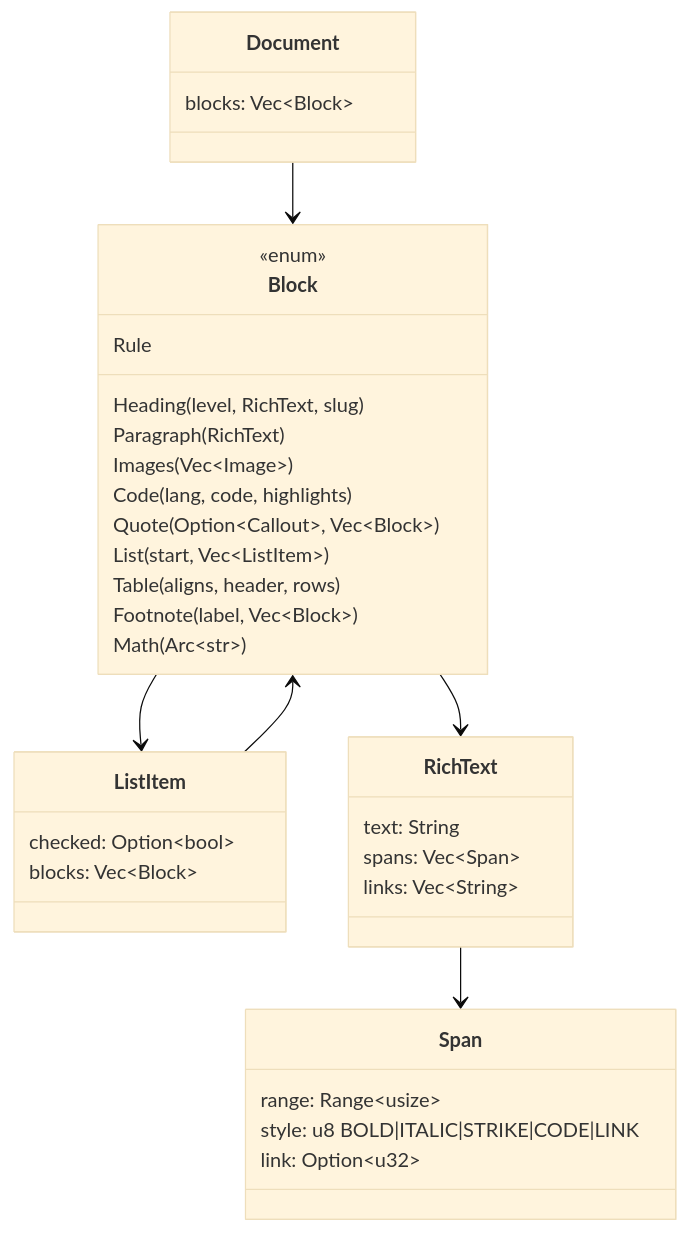
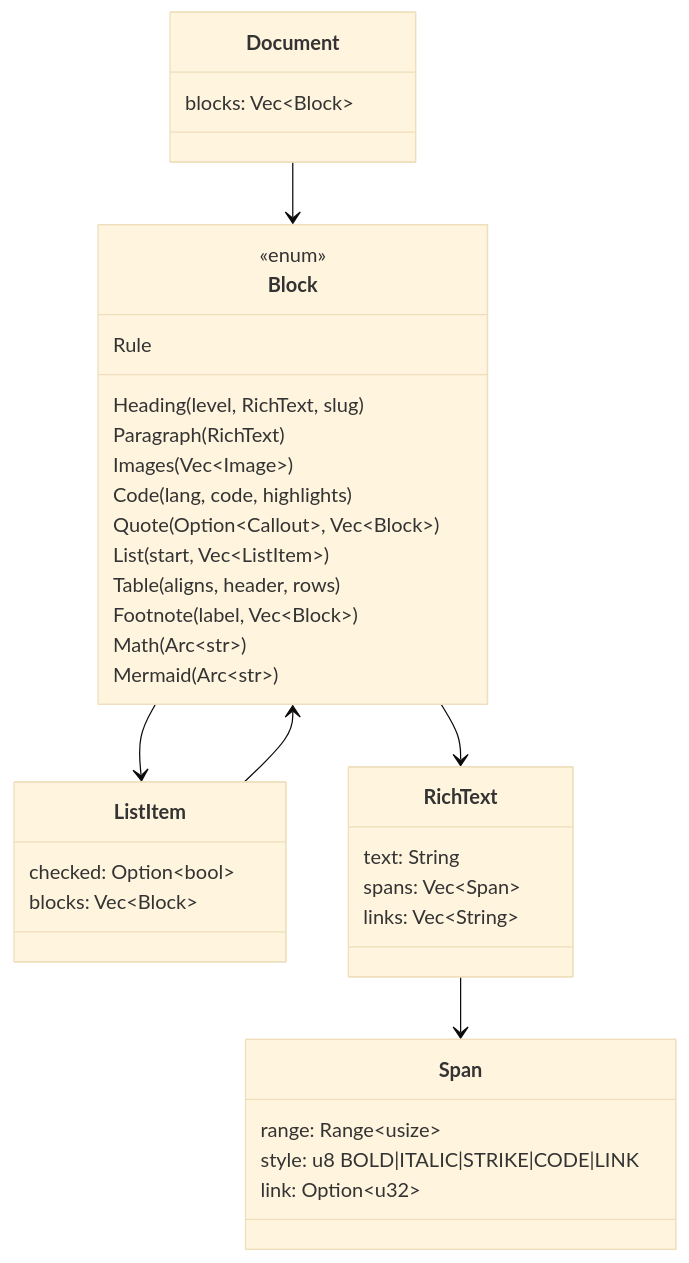
Before and after one commit to JorgeAgar/markdown-viewer-zed: the second of 5 diagrams in docs/architecture.md, drawn with Mermaid (base theme). The commit also changed other lines of this file and 11 other files, not shown here.

````diff
--- a/docs/architecture.md
+++ b/docs/architecture.md
@@ -73,38 +75,39 @@
 ```mermaid
 classDiagram
     class Document {
         blocks: Vec~Block~
     }
     class Block {
         <<enum>>
         Heading(level, RichText, slug)
         Paragraph(RichText)
         Images(Vec~Image~)
         Code(lang, code, highlights)
         Quote(Option~Callout~, Vec~Block~)
         List(start, Vec~ListItem~)
         Table(aligns, header, rows)
         Footnote(label, Vec~Block~)
         Math(Arc~str~)
+        Mermaid(Arc~str~)
         Rule
     }
     class ListItem {
         checked: Option~bool~
         blocks: Vec~Block~
     }
     class RichText {
         text: String
         spans: Vec~Span~
         links: Vec~String~
     }
     class Span {
         range: Range~usize~
         style: u8  BOLD|ITALIC|STRIKE|CODE|LINK
         link: Option~u32~
     }
     Document --> Block
     Block --> ListItem
     Block --> RichText
     ListItem --> Block
     RichText --> Span
 ```
````
